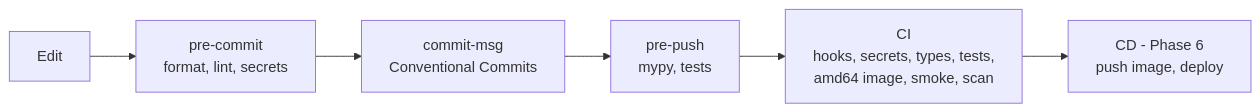
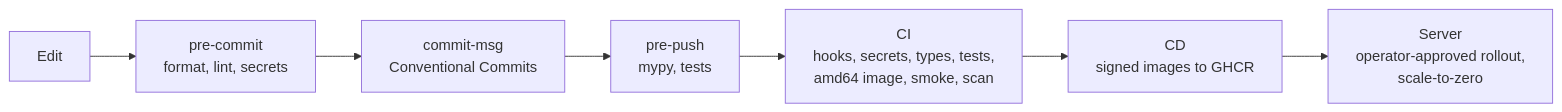
Before and after one commit to shadmanArko/nyc-taxi-lakehouse-mlops: the second of 2 diagrams in README.md, drawn with Mermaid. The commit also changed other lines of this file and 25 other files, not shown here.

First line of the commit message:
feat: build Phase 6 scale-to-zero delivery (Sablier, CD to GHCR)

````diff
--- a/README.md
+++ b/README.md
@@ -155,8 +156,9 @@
 ```mermaid
 flowchart LR
     A[Edit] --> B[pre-commit<br/>format, lint, secrets]
     B --> C[commit-msg<br/>Conventional Commits]
     C --> D[pre-push<br/>mypy, tests]
     D --> E[CI<br/>hooks, secrets, types, tests,<br/>amd64 image, smoke, scan]
-    E --> F[CD - Phase 6<br/>push image, deploy]
+    E --> F[CD<br/>signed images to GHCR]
+    F --> G[Server<br/>operator-approved rollout,<br/>scale-to-zero]
 ```
````
